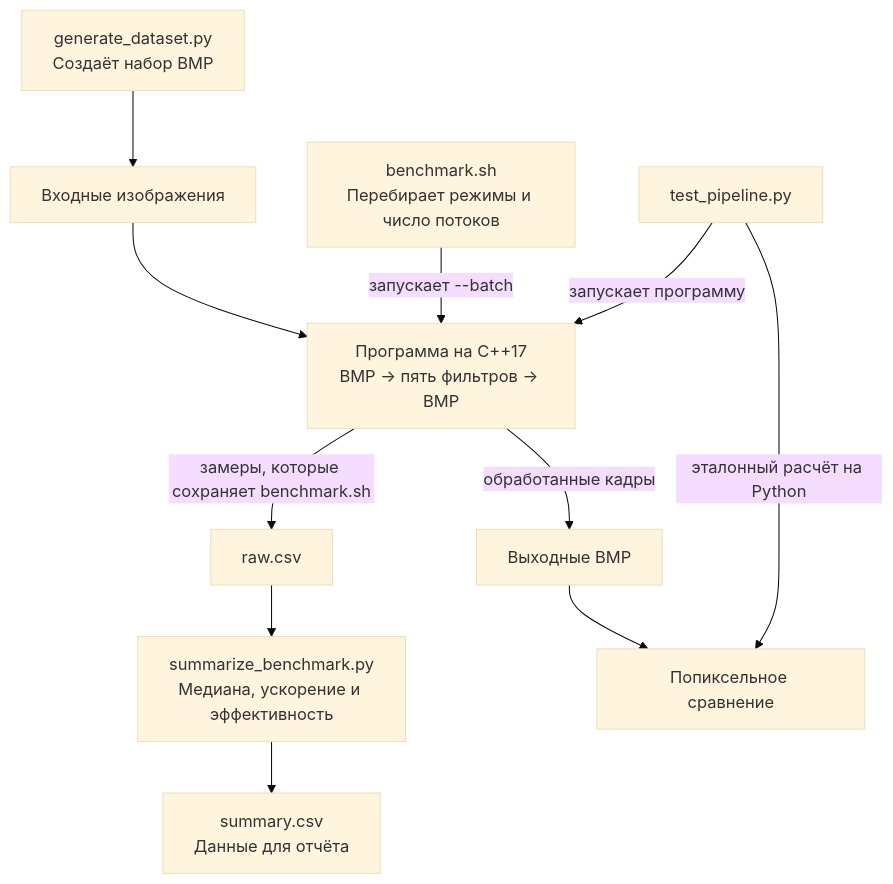
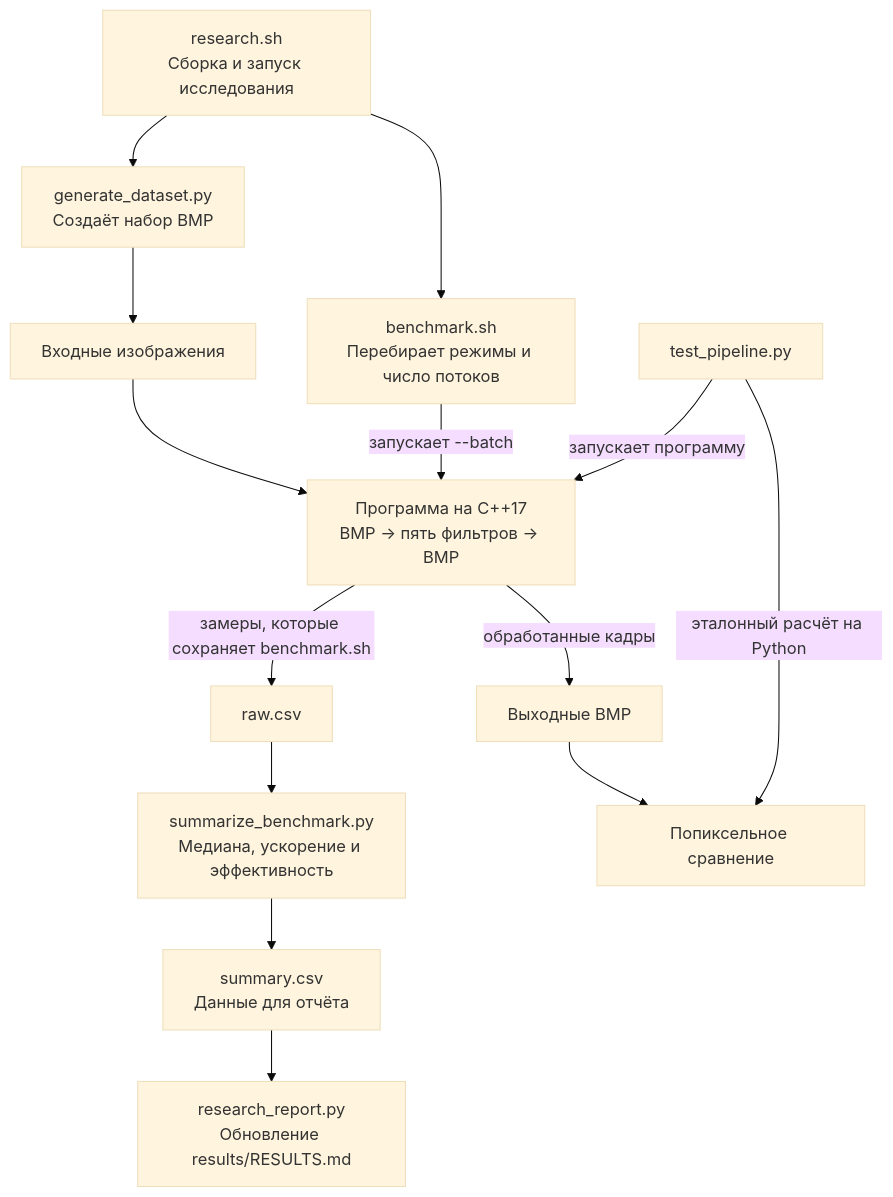
The second of 2 diagrams in README.md (Ermakov764/parallel_programming), drawn with Mermaid (base theme) before and after one commit. The commit also changed other lines of this file, not shown here.

Commit message:
Описать запуск исследования, настройки и интерпретацию результатов

````diff
--- a/README.md
+++ b/README.md
@@ -113,15 +112,19 @@
 ```mermaid
 flowchart TD
+    RUN["research.sh<br/>Сборка и запуск исследования"] --> G
+    RUN --> BENCH
     G["generate_dataset.py<br/>Создаёт набор BMP"] --> DATA["Входные изображения"]
     DATA --> APP["Программа на C++17<br/>BMP → пять фильтров → BMP"]
 
     BENCH["benchmark.sh<br/>Перебирает режимы и число потоков"] -->|"запускает --batch"| APP
     APP -->|"обработанные кадры"| OUT["Выходные BMP"]
     APP -->|"замеры, которые сохраняет benchmark.sh"| RAW["raw.csv"]
     RAW --> S["summarize_benchmark.py<br/>Медиана, ускорение и эффективность"]
     S --> R["summary.csv<br/>Данные для отчёта"]
 
+    R --> REPORT["research_report.py<br/>Обновление results/RESULTS.md"]
+
     T["test_pipeline.py"] -->|"запускает программу"| APP
     OUT --> CHECK["Попиксельное сравнение"]
     T -->|"эталонный расчёт на Python"| CHECK
 ```
````
